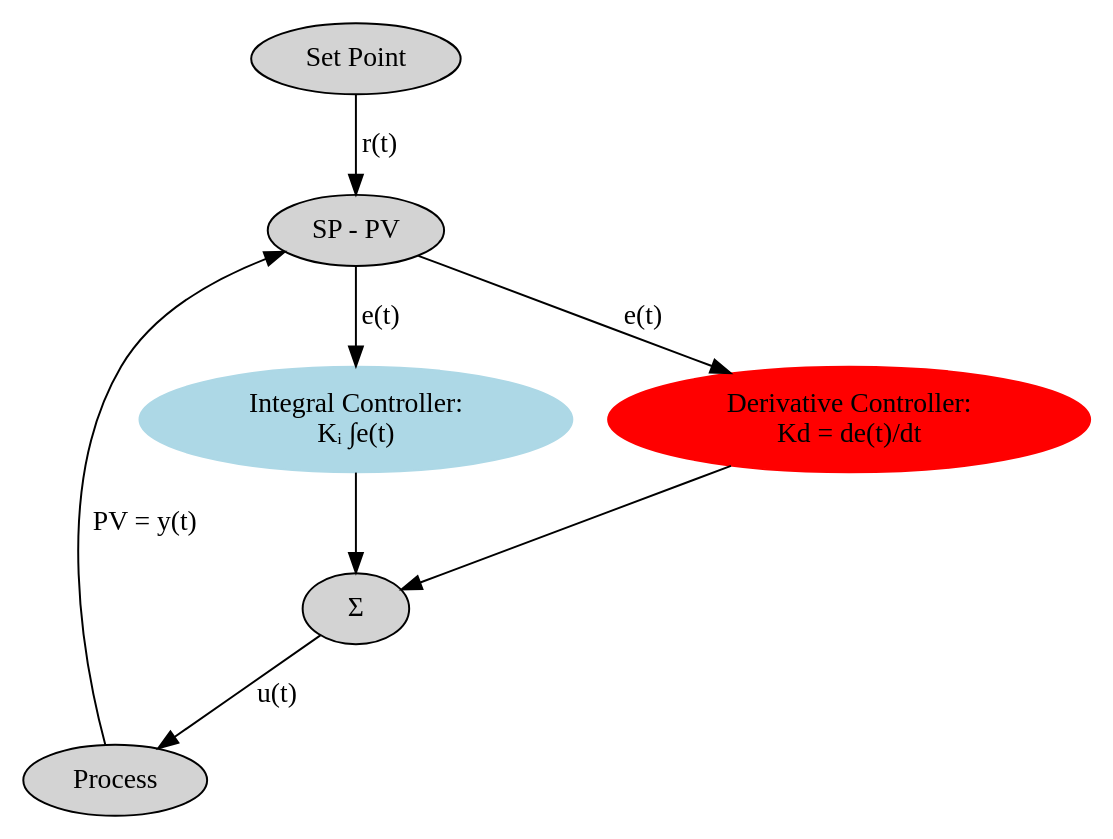
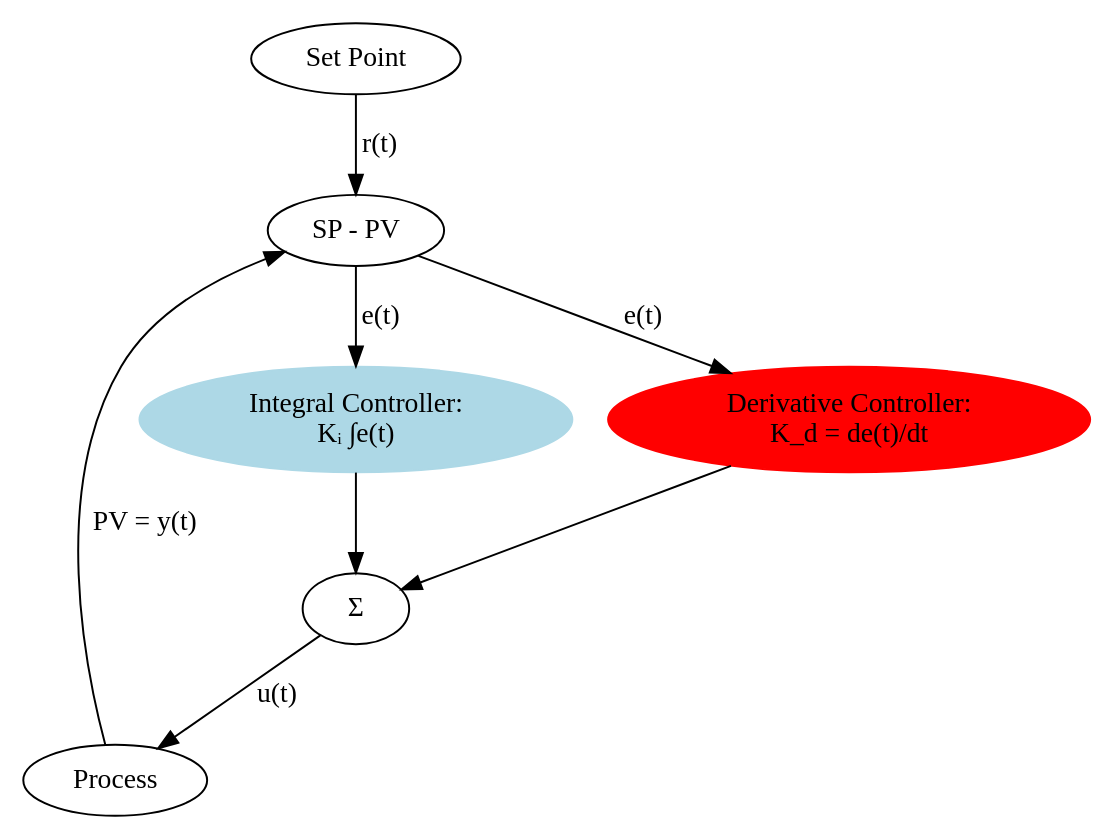
The diagram in pid-dotfiles/id-controller.dot (brain-fuel-co/feedback), drawn with Graphviz before and after one commit. The commit also changed 8 other files, not shown here.

```diff
--- a/pid-dotfiles/id-controller.dot
+++ b/pid-dotfiles/id-controller.dot
@@ -1,17 +1,16 @@
 digraph ID {
-    node [style=filled];
     SP [label="Set Point"];
     PR [label="Process"];
     S1 [label="SP - PV"];
-    I  [color=lightblue,label="Integral Controller:\nKᵢ ∫e(t)"];
-    D  [color=red,label="Derivative Controller:\nKd = de(t)/dt"];
+    I  [style=filled,color=lightblue,label="Integral Controller:\nKᵢ ∫e(t)"];
+    D  [style=filled,color=red,label="Derivative Controller:\nK_d = de(t)/dt"];
     S2 [label="Σ"];
 
     SP -> S1 [label="r(t)"];
     PR -> S1 [label="PV = y(t)"];
     S1 -> I  [label="e(t)"];
     S1 -> D  [label="e(t)"];
     I  -> S2;
     D  -> S2;
     S2 -> PR [label="u(t)"];
 }
```
